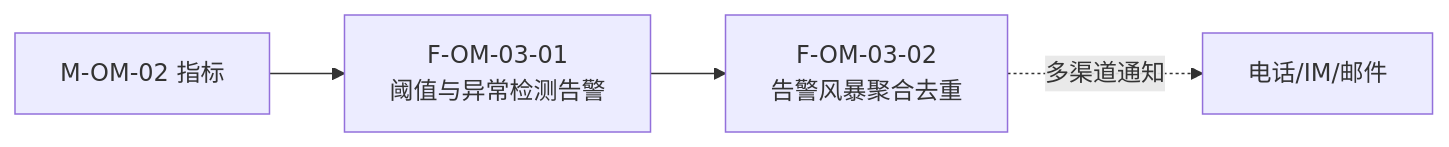
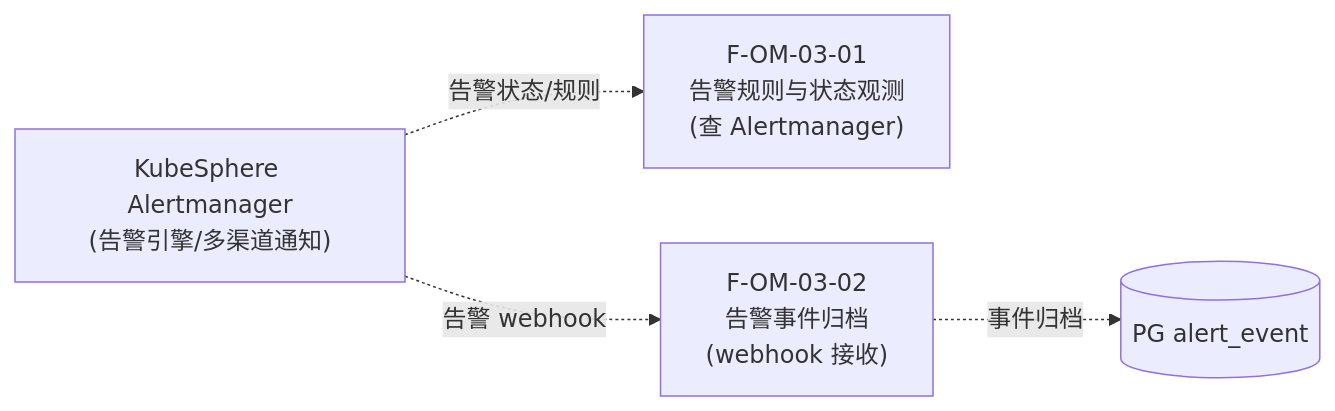
Before and after one commit to Sj-g/obsidian: diagram 42 of 49 in 公司项目/认知作战/文档/软件概要设计-架构图.md, drawn with Mermaid. The commit also changed other lines of this file and 6 other files, not shown here.

````diff
--- a/公司项目/认知作战/文档/软件概要设计-架构图.md
+++ b/公司项目/认知作战/文档/软件概要设计-架构图.md
@@ -803,9 +805,9 @@
 ```mermaid
 flowchart LR
-    F0301["F-OM-03-01<br/>阈值与异常检测告警"]
-    F0302["F-OM-03-02<br/>告警风暴聚合去重"]
+    F0301["F-OM-03-01<br/>告警规则与状态观测<br/>(查 Alertmanager)"]
+    F0302["F-OM-03-02<br/>告警事件归档<br/>(webhook 接收)"]
 
-    F0301 --> F0302
-    EXT["M-OM-02 指标"] --> F0301
-    F0302 -.->|"多渠道通知"| NOTIFY["电话/IM/邮件"]
+    AM["KubeSphere Alertmanager<br/>(告警引擎/多渠道通知)"] -.->|"告警状态/规则"| F0301
+    AM -.->|"告警 webhook"| F0302
+    F0302 -.->|"事件归档"| PG[("PG alert_event")]
 ```
````
